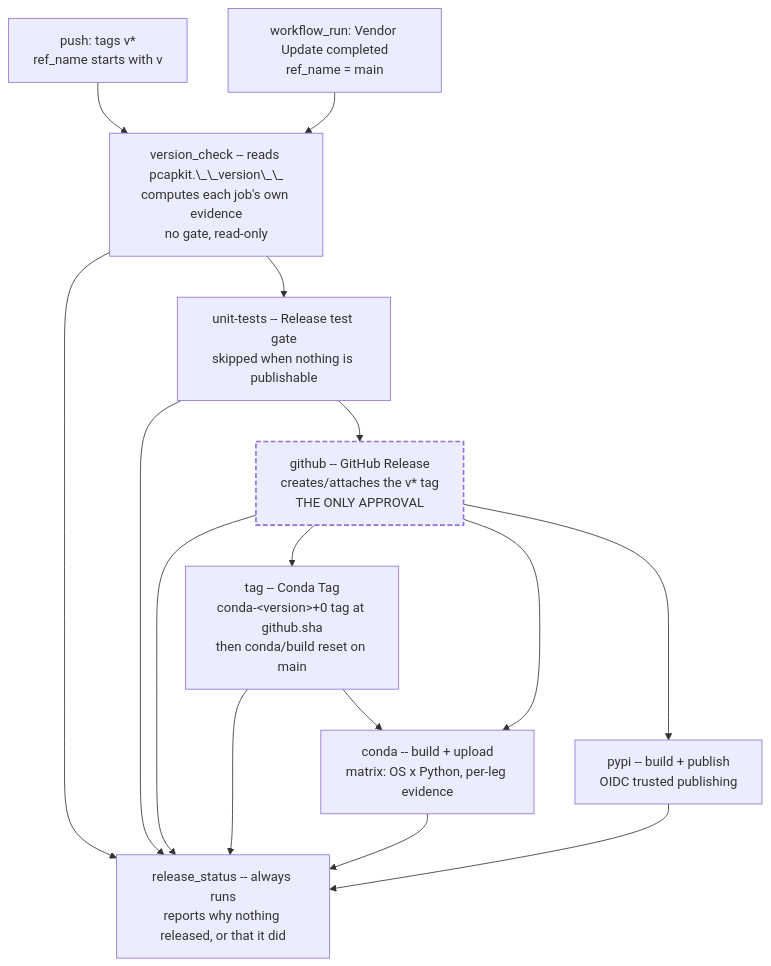
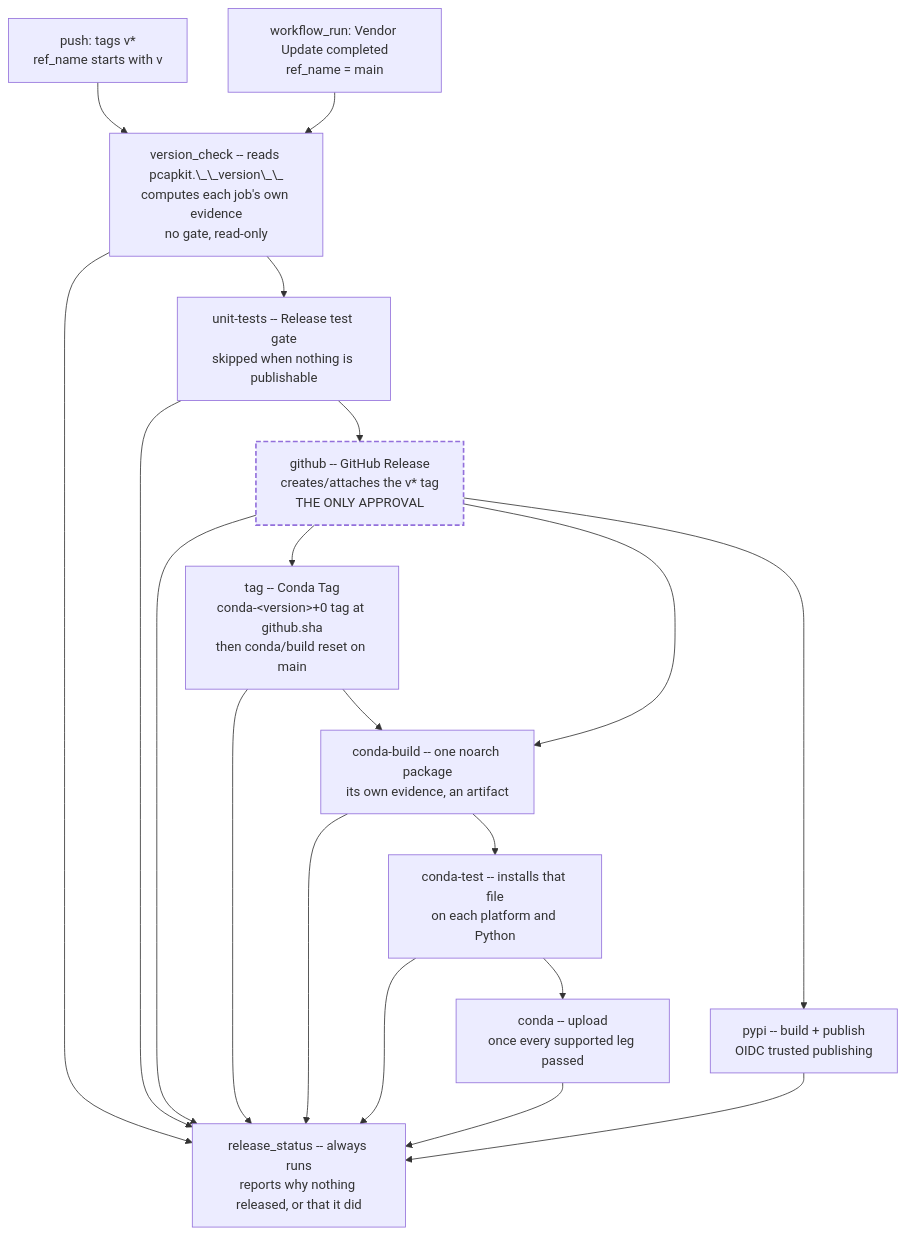
The second of 2 diagrams in docs/source/contributing/releasing.rst (JarryShaw/PyPCAPKit), drawn with Mermaid before and after one commit. The commit also changed other lines of this file and 56 other files, not shown here.

```diff
--- a/docs/source/contributing/releasing.rst
+++ b/docs/source/contributing/releasing.rst
@@ -540,22 +542,26 @@
 .. mermaid::
 
    flowchart TD
        T1["push: tags v*<br/>ref_name starts with v"] --> VC
        T2["workflow_run: Vendor Update completed<br/>ref_name = main"] --> VC
        VC["version_check -- reads pcapkit.\_\_version\_\_<br/>computes each job's own evidence<br/>no gate, read-only"]
        VC --> UT
        UT["unit-tests -- Release test gate<br/>skipped when nothing is publishable"] --> GH
        GH["github -- GitHub Release<br/>creates/attaches the v* tag<br/>THE ONLY APPROVAL"]
        GH --> TG["tag -- Conda Tag<br/>conda-&lt;version&gt;+0 tag at github.sha<br/>then conda/build reset on main"]
        GH --> PY["pypi -- build + publish<br/>OIDC trusted publishing"]
-       TG --> CD["conda -- build + upload<br/>matrix: OS x Python, per-leg evidence"]
-       GH --> CD
+       TG --> CB["conda-build -- one noarch package<br/>its own evidence, an artifact"]
+       GH --> CB
+       CB --> CT["conda-test -- installs that file<br/>on each platform and Python"]
+       CT --> CD["conda -- upload<br/>once every supported leg passed"]
        VC --> RS
        UT --> RS
        GH --> RS
        TG --> RS
+       CB --> RS
+       CT --> RS
        CD --> RS
        PY --> RS
        RS["release_status -- always runs<br/>reports why nothing released, or that it did"]
        classDef gate stroke-dasharray:6 3,stroke-width:2px
        class GH gate
```
